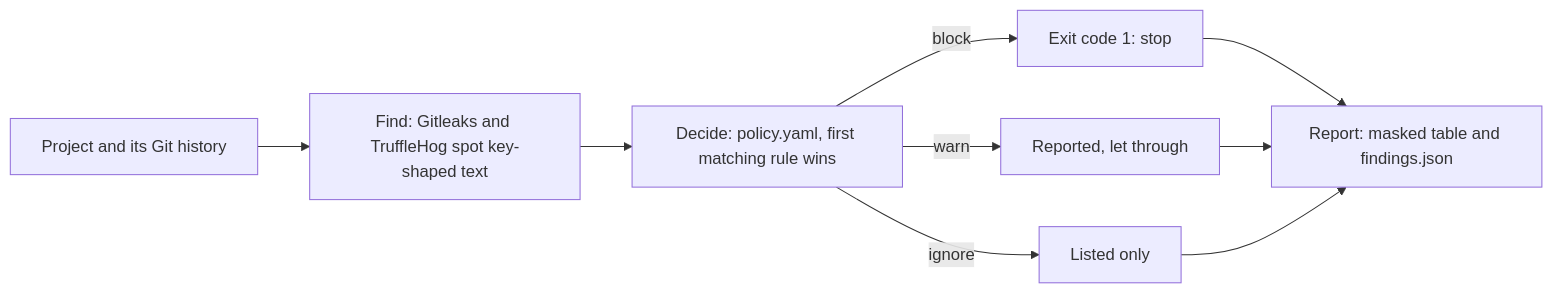
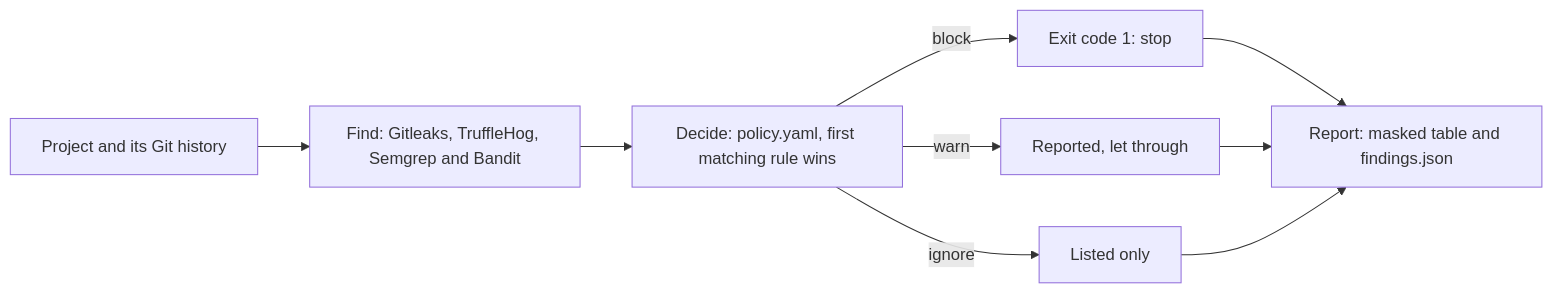
One commit to Bhavik-Kadian/Nexora changed the diagram in docs/how-it-works.md. Above: the diagram before and after it, drawn with Mermaid. The commit also changed other lines of this file and 33 other files, not shown here.

````diff
--- a/docs/how-it-works.md
+++ b/docs/how-it-works.md
@@ -68,11 +68,11 @@
 ```mermaid
 flowchart LR
-    A["Project and its Git history"] --> B["Find: Gitleaks and TruffleHog spot key-shaped text"]
+    A["Project and its Git history"] --> B["Find: Gitleaks, TruffleHog, Semgrep and Bandit"]
     B --> C["Decide: policy.yaml, first matching rule wins"]
     C -->|block| D["Exit code 1: stop"]
     C -->|warn| E["Reported, let through"]
     C -->|ignore| F["Listed only"]
     D --> G["Report: masked table and findings.json"]
     E --> G
     F --> G
 ```
````
